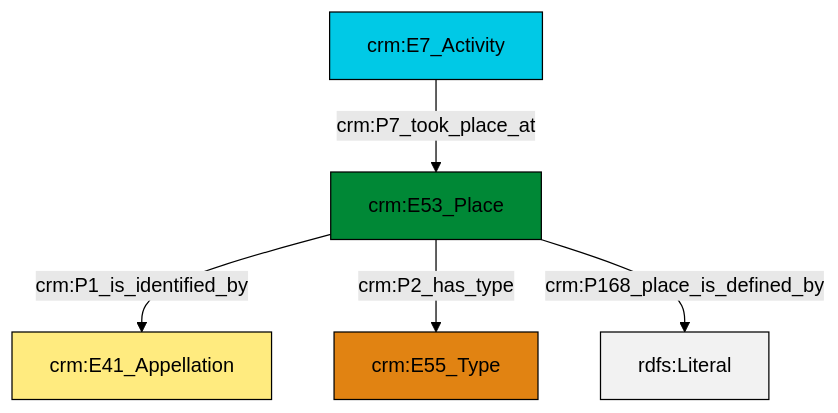
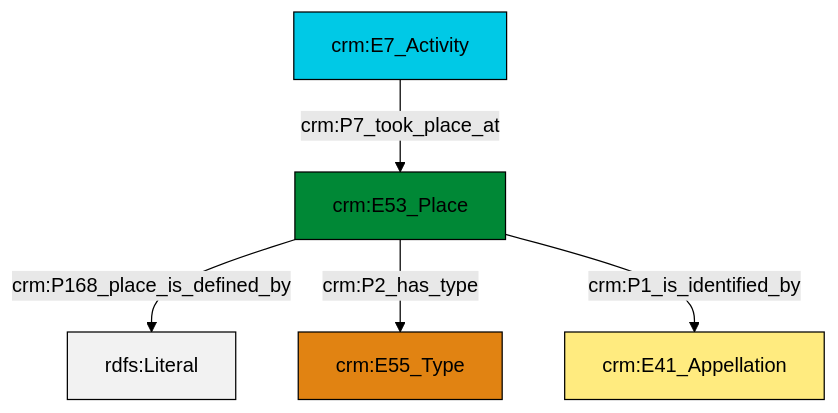
Before and after one commit to swiss-art-research-net/reference-data-models: the diagram in et/eventCSV/ttl/mmd/event_location.ttl.mmd, drawn with Mermaid (forest theme). The commit also changed 122 other files, not shown here.

```diff
--- a/et/eventCSV/ttl/mmd/event_location.ttl.mmd
+++ b/et/eventCSV/ttl/mmd/event_location.ttl.mmd
@@ -1,19 +1,19 @@
 graph TD
 classDef Literal fill:#f2f2f2,stroke:#000000;
 classDef CRM_Entity fill:#FFFFFF,stroke:#000000;
 classDef Temporal_Entity fill:#00C9E6, stroke:#000000;
 classDef Type fill:#E18312, stroke:#000000;
 classDef Time-Span fill:#2C9C91, stroke:#000000;
 classDef Appellation fill:#FFEB7F, stroke:#000000;
 classDef Place fill:#008836, stroke:#000000;
 classDef Persistent_Item fill:#B266B2, stroke:#000000;
 classDef Conceptual_Object fill:#FFD700, stroke:#000000;
 classDef Physical_Thing fill:#D2B48C, stroke:#000000;
 classDef Actor fill:#f58aad, stroke:#000000;
 classDef PC_Classes fill:#4ce600, stroke:#000000;
 classDef Multi fill:#cccccc,stroke:#000000;
 
-0["crm:E53_Place"]:::Place -->|crm:P1_is_identified_by| 1["crm:E41_Appellation"]:::Appellation
-0["crm:E53_Place"]:::Place -->|crm:P2_has_type| 3["crm:E55_Type"]:::Type
-0["crm:E53_Place"]:::Place -->|crm:P168_place_is_defined_by| 4[rdfs:Literal]:::Literal
-5["crm:E7_Activity"]:::Temporal_Entity -->|crm:P7_took_place_at| 0["crm:E53_Place"]:::Place
+0["crm:E53_Place"]:::Place -->|crm:P168_place_is_defined_by| 1[rdfs:Literal]:::Literal
+0["crm:E53_Place"]:::Place -->|crm:P2_has_type| 4["crm:E55_Type"]:::Type
+2["crm:E7_Activity"]:::Temporal_Entity -->|crm:P7_took_place_at| 0["crm:E53_Place"]:::Place
+0["crm:E53_Place"]:::Place -->|crm:P1_is_identified_by| 5["crm:E41_Appellation"]:::Appellation
```
